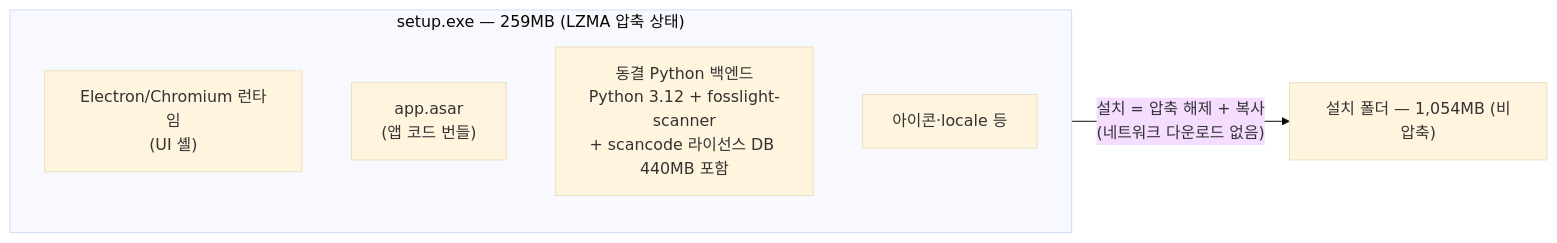
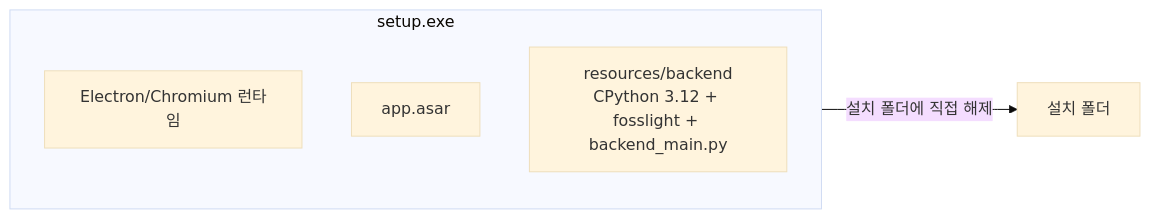
The diagram in docs/06-distribution-contents.md (fosslight/fosslight_scanner_gui), drawn with Mermaid (base theme) before and after one commit. The commit also changed other lines of this file and 8 other files, not shown here.

````diff
--- a/docs/06-distribution-contents.md
+++ b/docs/06-distribution-contents.md
@@ -17,10 +8,9 @@
 ```mermaid
 flowchart LR
-    subgraph SETUP["setup.exe — 259MB (LZMA 압축 상태)"]
-        A["Electron/Chromium 런타임<br/>(UI 셸)"]
-        B["app.asar<br/>(앱 코드 번들)"]
-        C["동결 Python 백엔드<br/>Python 3.12 + fosslight-scanner<br/>+ scancode 라이선스 DB 440MB 포함"]
-        D["아이콘·locale 등"]
+    subgraph SETUP["setup.exe"]
+        A["Electron/Chromium 런타임"]
+        B["app.asar"]
+        C["resources/backend<br/>CPython 3.12 + fosslight + backend_main.py"]
     end
-    SETUP -->|"설치 = 압축 해제 + 복사<br/>(네트워크 다운로드 없음)"| INST["설치 폴더 — 1,054MB (비압축)"]
+    SETUP -->|"설치 폴더에 직접 해제"| INST["설치 폴더"]
 ```
````
